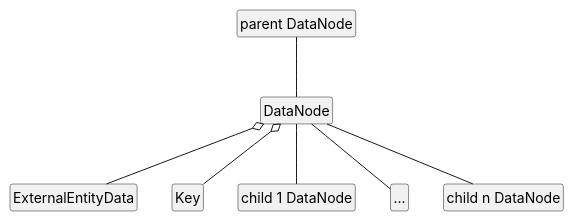
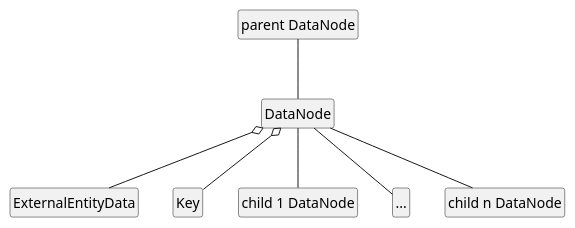
The second of 3 diagrams in topics/reference_guide/frameworks_and_external_apis/external_system_integration.md (JetBrains/intellij-sdk-docs), drawn with PlantUML before and after one commit. The commit also changed other lines of this file and 3 other files, not shown here.

Commit message:
Diagram fonts WiP

````diff
--- a/topics/reference_guide/frameworks_and_external_apis/external_system_integration.md
+++ b/topics/reference_guide/frameworks_and_external_apis/external_system_integration.md
@@ -33,29 +41,29 @@
 ```plantuml
 @startuml
 
-skinparam DefaultFontName Inter,sans-serif
+skinparam DefaultFontName Trebuchet MS,sans-serif
 skinparam DefaultFontSize 14
 hide empty members
 hide circle
 
 class "parent DataNode" as parent
 class DataNode
 together {
   class "child n DataNode" as child3
   class "..." as child2
   class "child 1 DataNode" as child1
   class Key
   class ExternalEntityData
 }
 
 ' Define the class relationships
 parent -- DataNode
 
 ExternalEntityData --o DataNode
 Key --o DataNode
 DataNode -- child1
 DataNode -- child2
 DataNode -- child3
 
 @enduml
 ```
````
